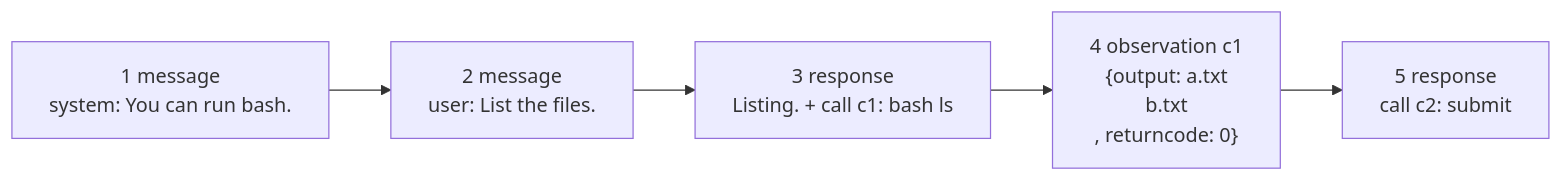
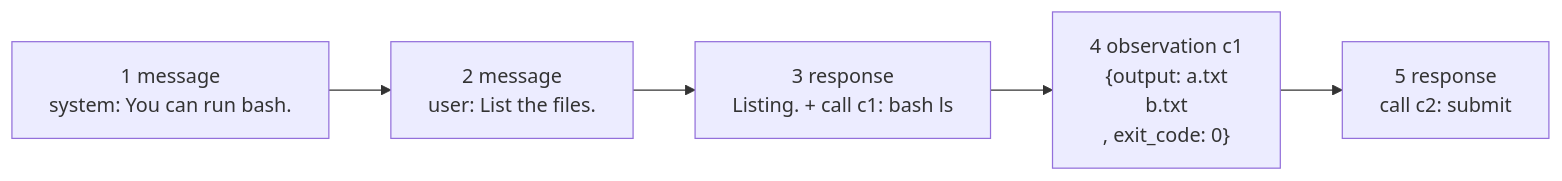
The first of 3 diagrams in docs/agent-api.md (mechtaev/alaya), drawn with Mermaid before and after one commit. The commit also changed other lines of this file and 19 other files, not shown here.

````diff
--- a/docs/agent-api.md
+++ b/docs/agent-api.md
@@ -40,9 +40,9 @@
 ```mermaid
 flowchart LR
   E1["1 message<br/>system: You can run bash."]
   E2["2 message<br/>user: List the files."]
   E3["3 response<br/>Listing. + call c1: bash ls"]
-  E4["4 observation c1<br/>{output: a.txt\nb.txt\n, returncode: 0}"]
+  E4["4 observation c1<br/>{output: a.txt\nb.txt\n, exit_code: 0}"]
   E5["5 response<br/>call c2: submit"]
   E1 --> E2 --> E3 --> E4 --> E5
 ```
````
